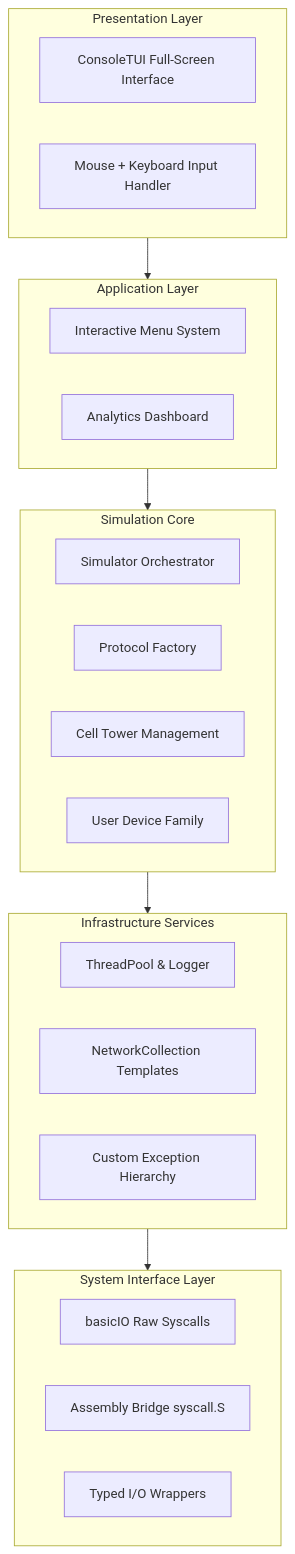
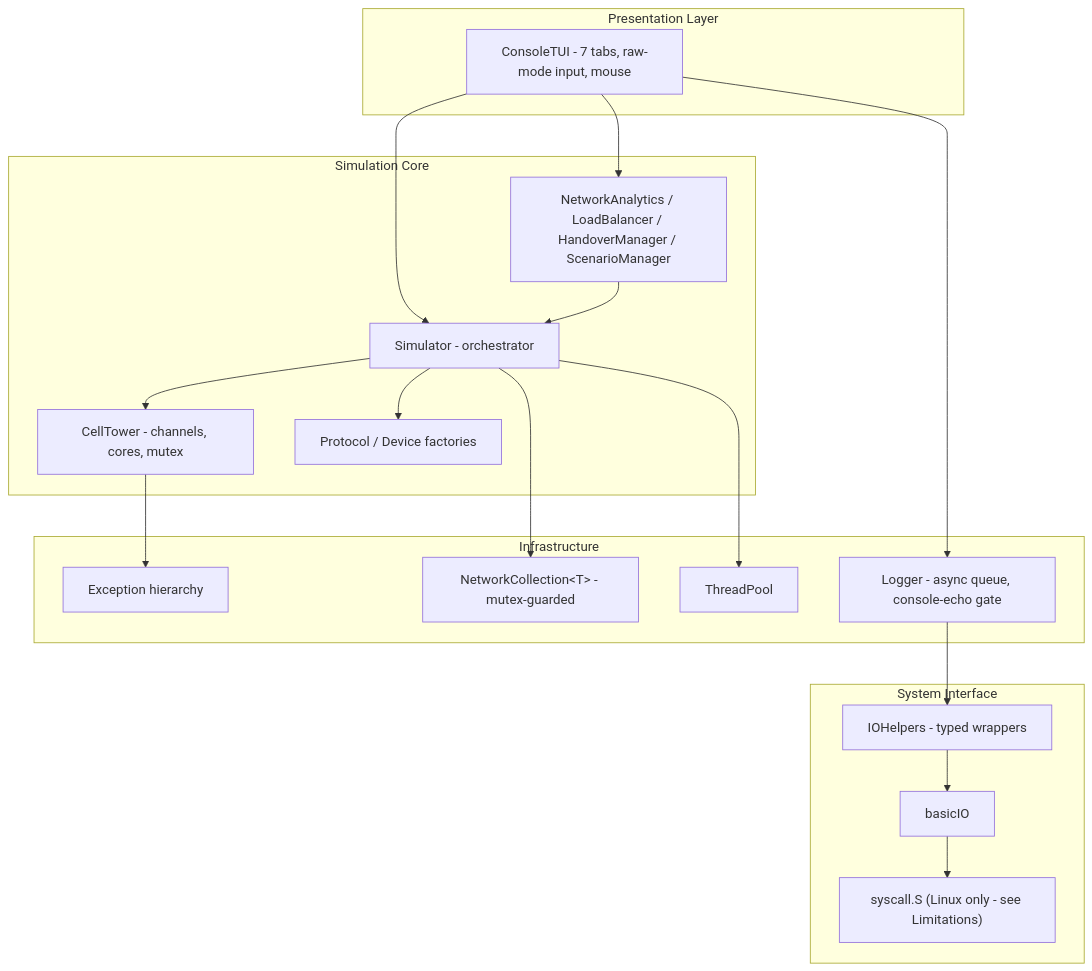
One commit to Necromancer0912/cellular-network-simulator changed the first of 2 diagrams in README.md. Above: the diagram before and after it, drawn with Mermaid. The commit also changed other lines of this file and 30 other files, not shown here.

First line of the commit message:
Fix concurrency bugs, rewrite benchmark honestly, implement LoadBalancer, rewrite docs

````diff
--- a/README.md
+++ b/README.md
@@ -95,36 +74,39 @@
 ```mermaid
 graph TD
-    subgraph Presentation_Layer [Presentation Layer]
-        TUI[ConsoleTUI Full-Screen Interface]
-        Mouse[Mouse + Keyboard Input Handler]
+    subgraph Presentation [Presentation Layer]
+        TUI[ConsoleTUI - 7 tabs, raw-mode input, mouse]
     end
 
-    subgraph Application_Layer [Application Layer]
-        Menu[Interactive Menu System]
-        Analytics[Analytics Dashboard]
+    subgraph Simulation [Simulation Core]
+        Simulator[Simulator - orchestrator]
+        Factory[Protocol / Device factories]
+        Tower[CellTower - channels, cores, mutex]
+        Analytics[NetworkAnalytics / LoadBalancer / HandoverManager / ScenarioManager]
     end
 
-    subgraph Simulation_Core [Simulation Core]
-        Orchestrator[Simulator Orchestrator]
-        Factory[Protocol Factory]
-        Tower[Cell Tower Management]
-        Device[User Device Family]
+    subgraph Infra [Infrastructure]
+        ThreadPool[ThreadPool]
+        Logger[Logger - async queue, console-echo gate]
+        Collection[NetworkCollection&lt;T&gt; - mutex-guarded]
+        Exceptions[Exception hierarchy]
     end
 
-    subgraph Infrastructure_Services [Infrastructure Services]
-        ThreadPool[ThreadPool & Logger]
-        Templates[NetworkCollection Templates]
-        Exceptions[Custom Exception Hierarchy]
+    subgraph SysIO [System Interface]
+        IOHelpers[IOHelpers - typed wrappers]
+        basicIO[basicIO]
+        Syscall["syscall.S (Linux only - see Limitations)"]
     end
 
-    subgraph System_Interface [System Interface Layer]
-        basicIO[basicIO Raw Syscalls]
-        Assembly[Assembly Bridge syscall.S]
-        IOHelpers[Typed I/O Wrappers]
-    end
-
-    Presentation_Layer --> Application_Layer
-    Application_Layer --> Simulation_Core
-    Simulation_Core --> Infrastructure_Services
-    Infrastructure_Services --> System_Interface
+    TUI --> Simulator
+    TUI --> Analytics
+    Simulator --> Tower
+    Simulator --> Factory
+    Simulator --> Collection
+    Simulator --> ThreadPool
+    Analytics --> Simulator
+    Tower --> Exceptions
+    TUI --> Logger
+    Logger --> IOHelpers
+    IOHelpers --> basicIO
+    basicIO --> Syscall
 ```
````
